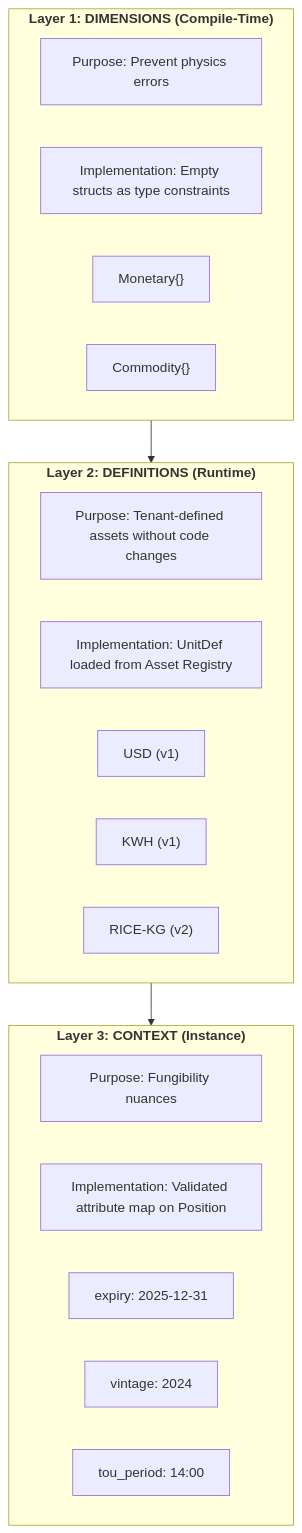
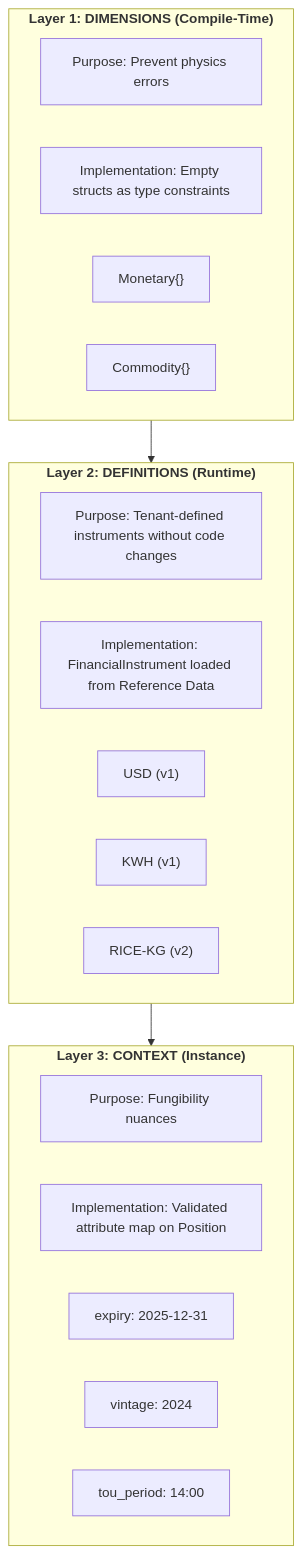
The first of 3 diagrams in docs/adr/0013-generic-asset-quantity-types.md (meridianhub/meridian), drawn with Mermaid before and after one commit. The commit also changed other lines of this file and 3 other files, not shown here.

First line of the commit message:
docs: Align ADR-013/014 with BIAN Financial Instrument terminology

````diff
--- a/docs/adr/0013-generic-asset-quantity-types.md
+++ b/docs/adr/0013-generic-asset-quantity-types.md
@@ -75,28 +77,28 @@
 ```mermaid
 flowchart TB
     subgraph L1["<b>Layer 1: DIMENSIONS (Compile-Time)</b>"]
         L1D["Purpose: Prevent physics errors"]
         L1I["Implementation: Empty structs as type constraints"]
         Monetary["Monetary{}"]
         Commodity["Commodity{}"]
     end
 
     subgraph L2["<b>Layer 2: DEFINITIONS (Runtime)</b>"]
-        L2D["Purpose: Tenant-defined assets without code changes"]
-        L2I["Implementation: UnitDef loaded from Asset Registry"]
+        L2D["Purpose: Tenant-defined instruments without code changes"]
+        L2I["Implementation: FinancialInstrument loaded from Reference Data"]
         USD["USD (v1)"]
         KWH["KWH (v1)"]
         RICE["RICE-KG (v2)"]
     end
 
     subgraph L3["<b>Layer 3: CONTEXT (Instance)</b>"]
         L3D["Purpose: Fungibility nuances"]
         L3I["Implementation: Validated attribute map on Position"]
         Expiry["expiry: 2025-12-31"]
         Vintage["vintage: 2024"]
         ToU["tou_period: 14:00"]
     end
 
     L1 --> L2
     L2 --> L3
 ```
````
